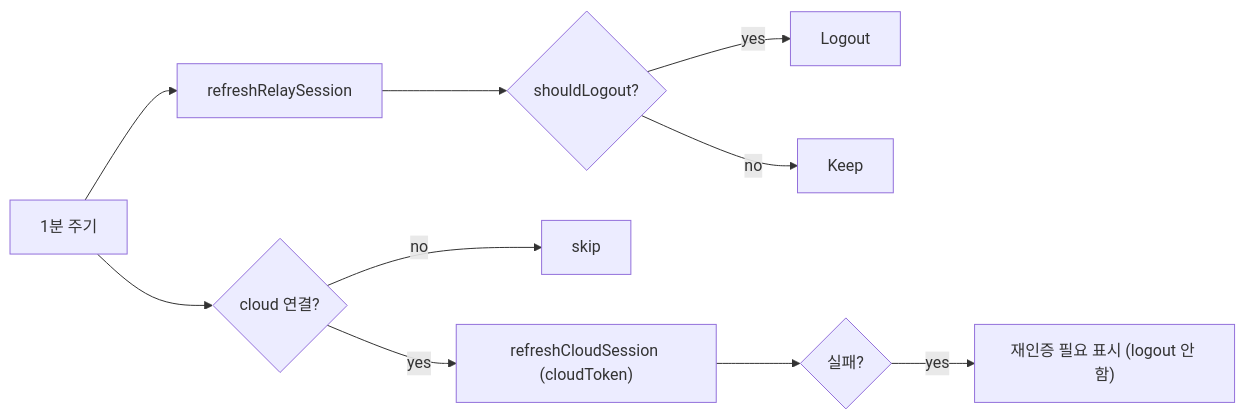
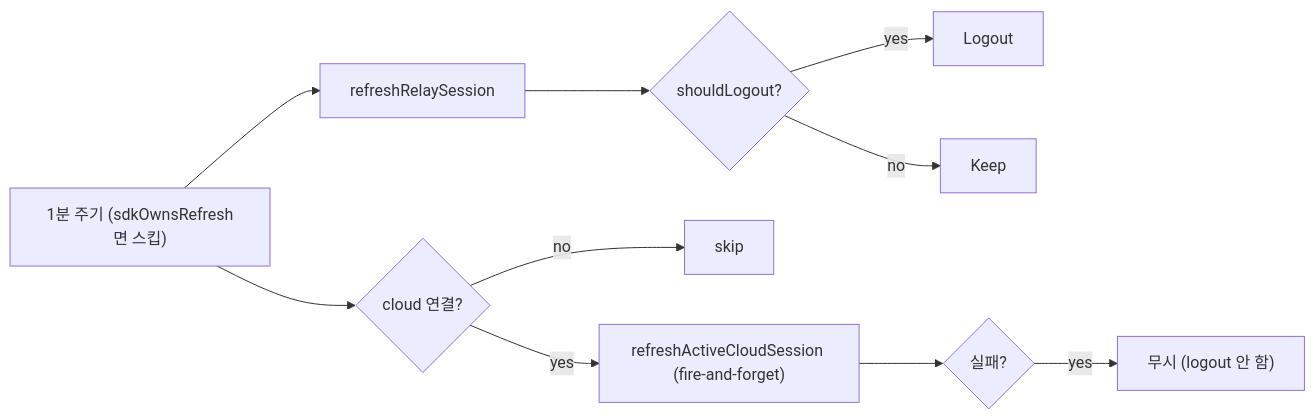
Before and after one commit to lemoncloud-io/dou-app: the first of 2 diagrams in libs/web-core/docs/hooks/orchestration.md, drawn with Mermaid. The commit also changed other lines of this file and 19 other files, not shown here.

````diff
--- a/libs/web-core/docs/hooks/orchestration.md
+++ b/libs/web-core/docs/hooks/orchestration.md
@@ -45,12 +45,12 @@
 ```mermaid
 flowchart LR
-  Tick["1분 주기"] --> R["refreshRelaySession"]
+  Tick["1분 주기 (sdkOwnsRefresh면 스킵)"] --> R["refreshRelaySession"]
   Tick --> C{"cloud 연결?"}
-  C -->|yes| CR["refreshCloudSession (cloudToken)"]
+  C -->|yes| CR["refreshActiveCloudSession (fire-and-forget)"]
   C -->|no| Skip["skip"]
   R --> RF{"shouldLogout?"}
   RF -->|yes| Logout
   RF -->|no| Keep
   CR --> CF{"실패?"}
-  CF -->|yes| Mark["재인증 필요 표시 (logout 안 함)"]
+  CF -->|yes| Mark["무시 (logout 안 함)"]
 ```
````
